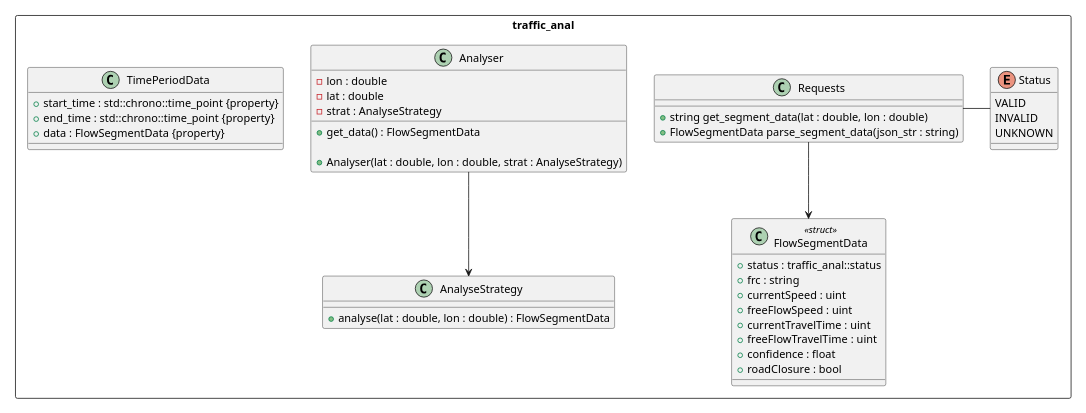
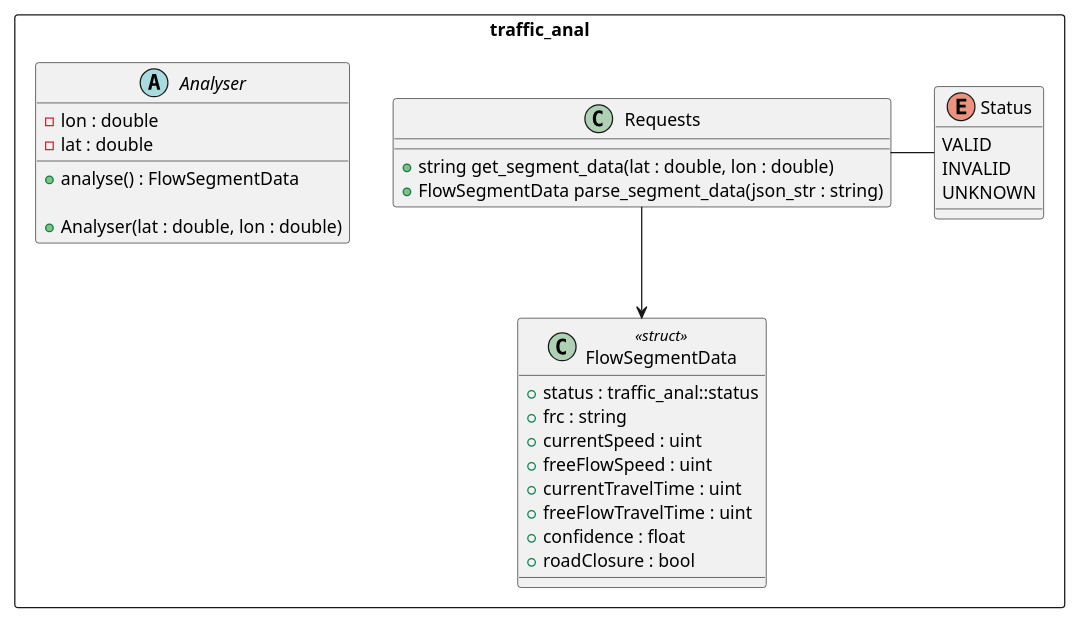
One commit to A-A-Tel/TrafficAnal-CPP changed the diagram in doc/class.puml. Above: the diagram before and after it, drawn with PlantUML. The commit also changed 3 other files, not shown here.

Commit message:
changed class diagram

```diff
--- a/doc/class.puml
+++ b/doc/class.puml
@@ -1,54 +1,42 @@
 @startuml
 scale 750 width
 set separator ::
 
 namespace traffic_anal <<Rectangle>> {
 
 	enum Status {
 		VALID
 		INVALID
 		UNKNOWN
 	}
 
 	class Requests {
 		+string get_segment_data(lat : double, lon : double)
 		+FlowSegmentData parse_segment_data(json_str : string)
 	}
 
 	class FlowSegmentData <<struct>> {
 		+status : traffic_anal::status
 		+frc : string
 		+currentSpeed : uint
 		+freeFlowSpeed : uint
 		+currentTravelTime : uint
 		+freeFlowTravelTime : uint
 		+confidence : float
 		+roadClosure : bool
 	}
 
-	class AnalyseStrategy {
-		+analyse(lat : double, lon : double) : FlowSegmentData
-	}
+	abstract class Analyser {
+		+analyse() : FlowSegmentData
 
-	class Analyser {
-		+get_data() : FlowSegmentData
-
-		+Analyser(lat : double, lon : double, strat : AnalyseStrategy)
+		+Analyser(lat : double, lon : double)
 
 		-lon : double
 		-lat : double
-		-strat : AnalyseStrategy
-	}
-
-	class TimePeriodData {
-		+start_time : std::chrono::time_point {property}
-		+end_time : std::chrono::time_point {property}
-		+data : FlowSegmentData {property}
 	}
 }
 
 traffic_anal::Requests --> traffic_anal::FlowSegmentData
 traffic_anal::Requests - traffic_anal::Status
-traffic_anal::Analyser --> traffic_anal::AnalyseStrategy
 
 @enduml
```
